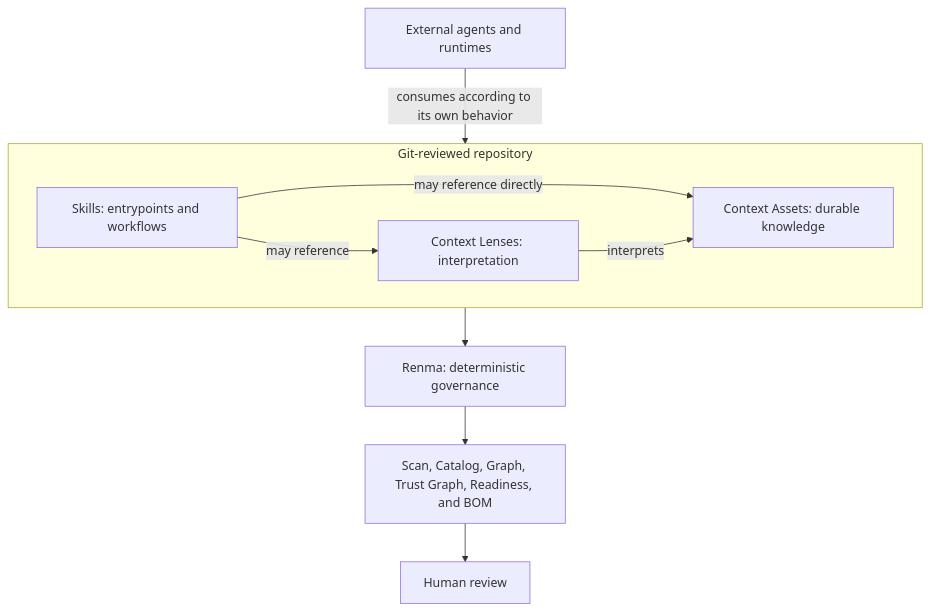
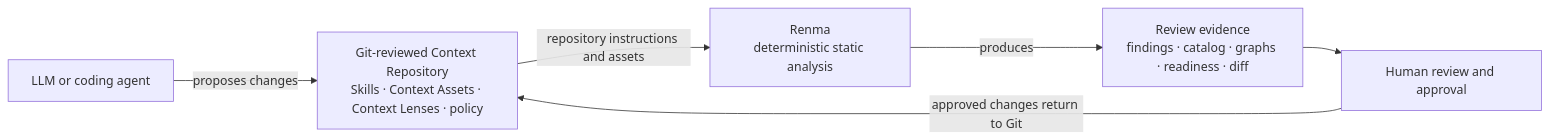
The diagram in README.md (KazuCocoa/renma), drawn with Mermaid before and after one commit. The commit also changed other lines of this file and 43 other files, not shown here.

````diff
--- a/README.md
+++ b/README.md
@@ -112,17 +63,8 @@
 ```mermaid
-flowchart TD
-  subgraph Repository["Git-reviewed repository"]
-    Skills["Skills: entrypoints and workflows"]
-    Lenses["Context Lenses: interpretation"]
-    Context["Context Assets: durable knowledge"]
-    Skills -->|may reference| Lenses
-    Skills -->|may reference directly| Context
-    Lenses -->|interprets| Context
-  end
-  Renma["Renma: deterministic governance"]
-  Reports["Scan, Catalog, Graph, Trust Graph, Readiness, and BOM"]
-  Review["Human review"]
-  Runtime["External agents and runtimes"]
-  Repository --> Renma --> Reports --> Review
-  Runtime -->|consumes according to its own behavior| Repository
+flowchart LR
+  Proposer["LLM or coding agent"] -->|proposes changes| Repository["Git-reviewed Context Repository<br/>Skills · Context Assets · Context Lenses · policy"]
+  Repository -->|repository instructions and assets| Renma["Renma<br/>deterministic static analysis"]
+  Renma -->|produces| Evidence["Review evidence<br/>findings · catalog · graphs · readiness · diff"]
+  Evidence --> Reviewer["Human review and approval"]
+  Reviewer -->|approved changes return to Git| Repository
 ```
````
